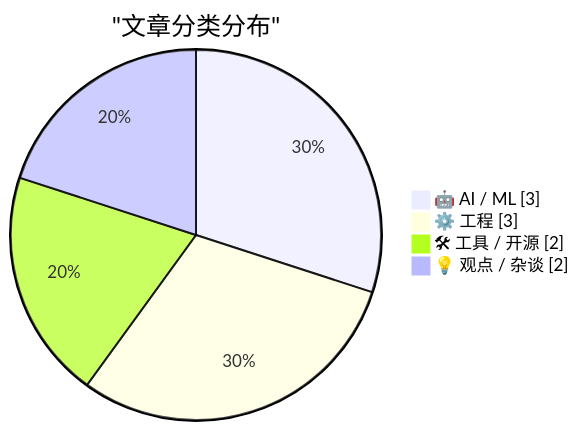
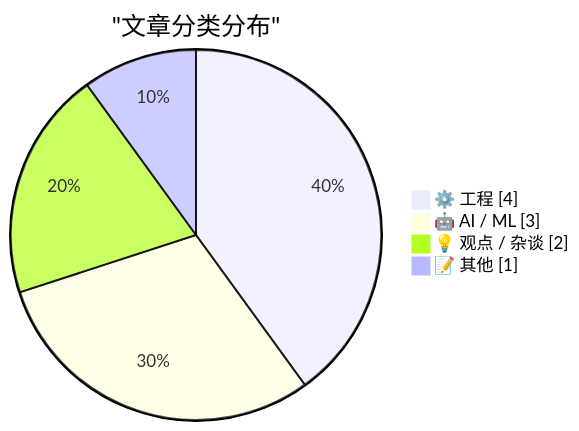
One commit to originem0/SZBlog changed the first of 2 diagrams in content/ai-daily/2026-03-27.md. Above: the diagram before and after it, drawn with Mermaid. The commit also changed other lines of this file, not shown here.

````diff
--- a/content/ai-daily/2026-03-27.md
+++ b/content/ai-daily/2026-03-27.md
@@ -56,8 +56,8 @@
 ```mermaid
 pie showData
     title "文章分类分布"
+    "⚙️ 工程" : 4
     "🤖 AI / ML" : 3
-    "⚙️ 工程" : 3
-    "🛠 工具 / 开源" : 2
     "💡 观点 / 杂谈" : 2
+    "📝 其他" : 1
 ```
````
